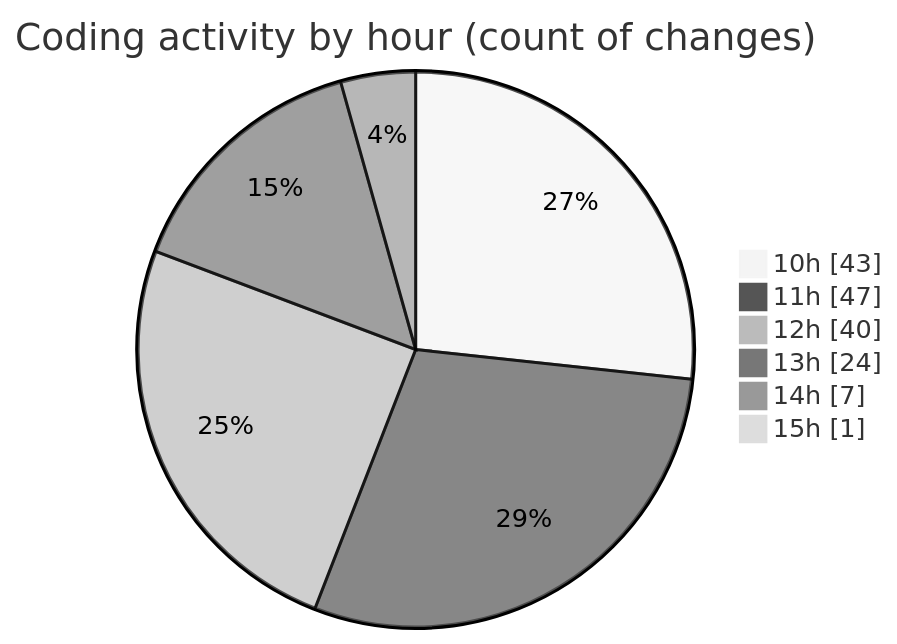
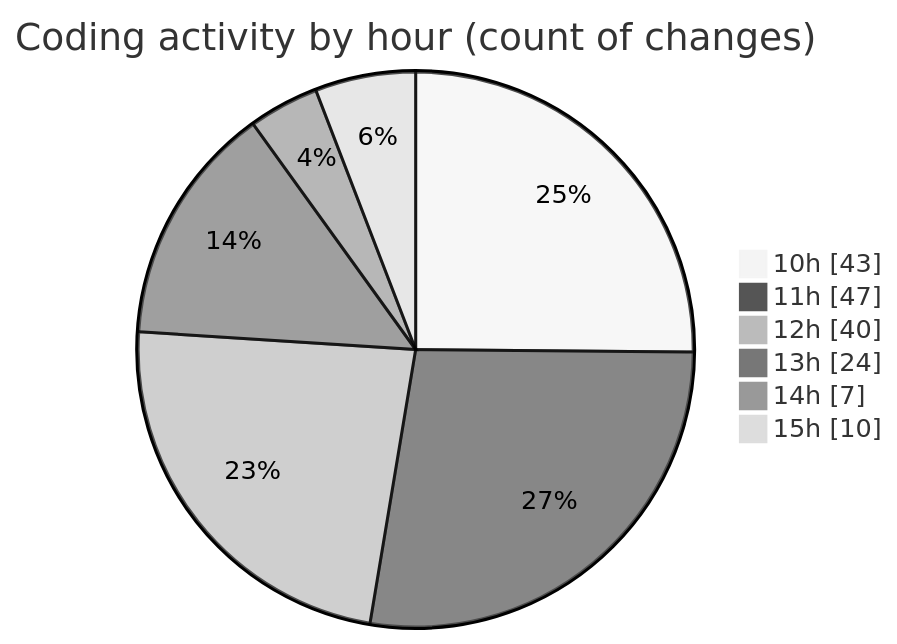
One commit to momahboobian/code-tracking changed the second of 2 diagrams in 2025-02-10/cda/README.md. Above: the diagram before and after it, drawn with Mermaid (neutral theme). The commit also changed other lines of this file and 1 other file, not shown here.

````diff
--- a/2025-02-10/cda/README.md
+++ b/2025-02-10/cda/README.md
@@ -35,10 +35,10 @@
 ```mermaid
 pie showData
 title Coding activity by hour (count of changes)
 "10h" : 43
 "11h" : 47
 "12h" : 40
 "13h" : 24
 "14h" : 7
-"15h" : 1
+"15h" : 10
 ```
````
